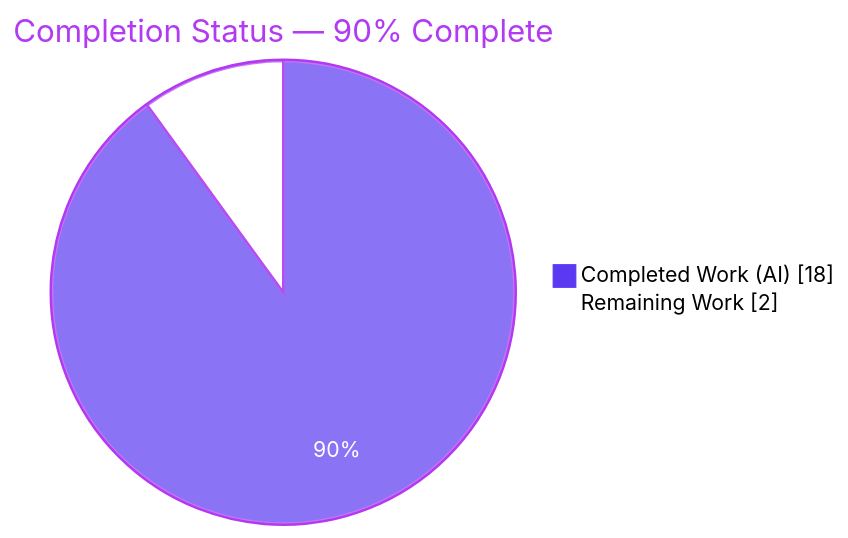
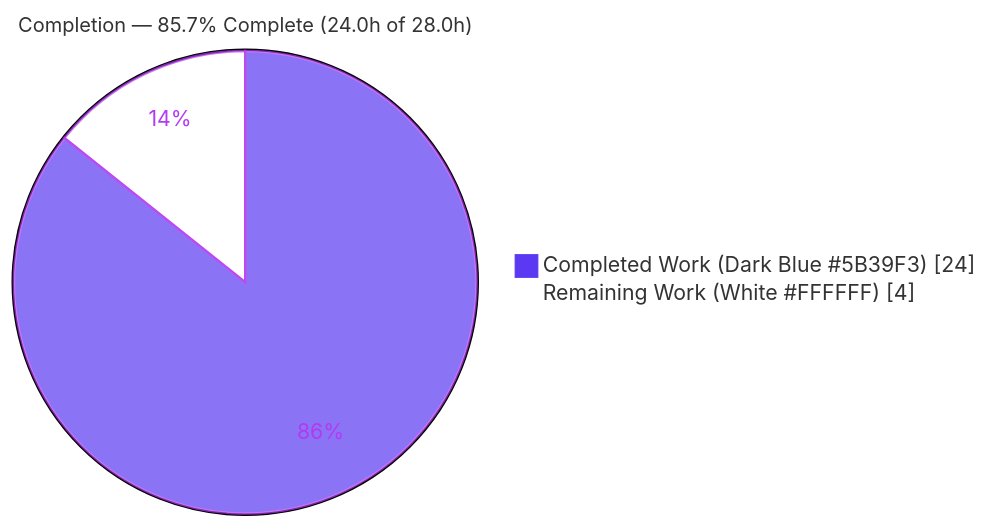
The first of 3 diagrams in blitzy/documentation/Project Guide.md (Adarsh26062002/blitzyignore-submodule-test), drawn with Mermaid before and after one commit. The commit also changed other lines of this file, not shown here.

Commit message:
Adding Blitzy Project Guide: Project Status and Human Tasks Remaining

````diff
--- a/blitzy/documentation/Project Guide.md
+++ b/blitzy/documentation/Project Guide.md
@@ -16,6 +15,6 @@
 ```mermaid
-%%{init: {'theme':'base','themeVariables':{'pie1':'#5B39F3','pie2':'#FFFFFF','pieStrokeColor':'#B23AF2','pieOuterStrokeColor':'#B23AF2','pieTitleTextColor':'#B23AF2','pieSectionTextColor':'#FFFFFF','pieLegendTextColor':'#000000','pieStrokeWidth':'2px'}}}%%
-pie showData title Completion Status — 90% Complete
-    "Completed Work (AI)" : 18
-    "Remaining Work" : 2
+%%{init: {'theme':'base','themeVariables':{'pie1':'#5B39F3','pie2':'#FFFFFF','pieStrokeColor':'#B23AF2','pieStrokeWidth':'2px','pieTitleTextSize':'16px','pieSectionTextColor':'#B23AF2'}}}%%
+pie showData title Completion — 85.7% Complete (24.0h of 28.0h)
+    "Completed Work (Dark Blue #5B39F3)" : 24
+    "Remaining Work (White #FFFFFF)" : 4
 ```
````
